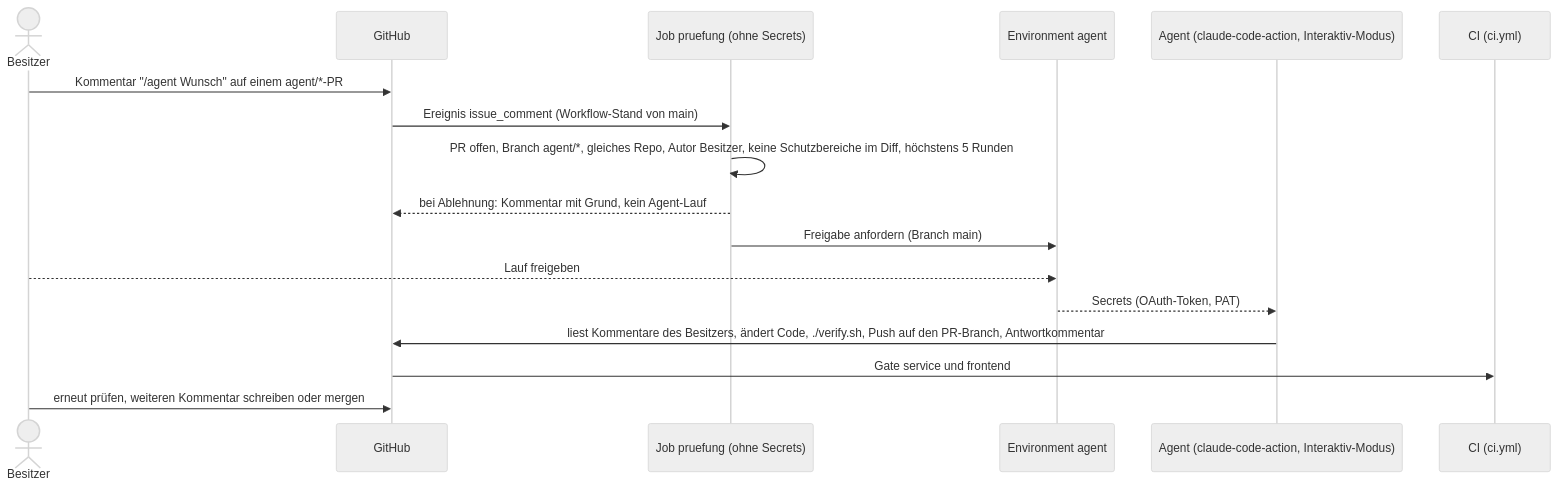
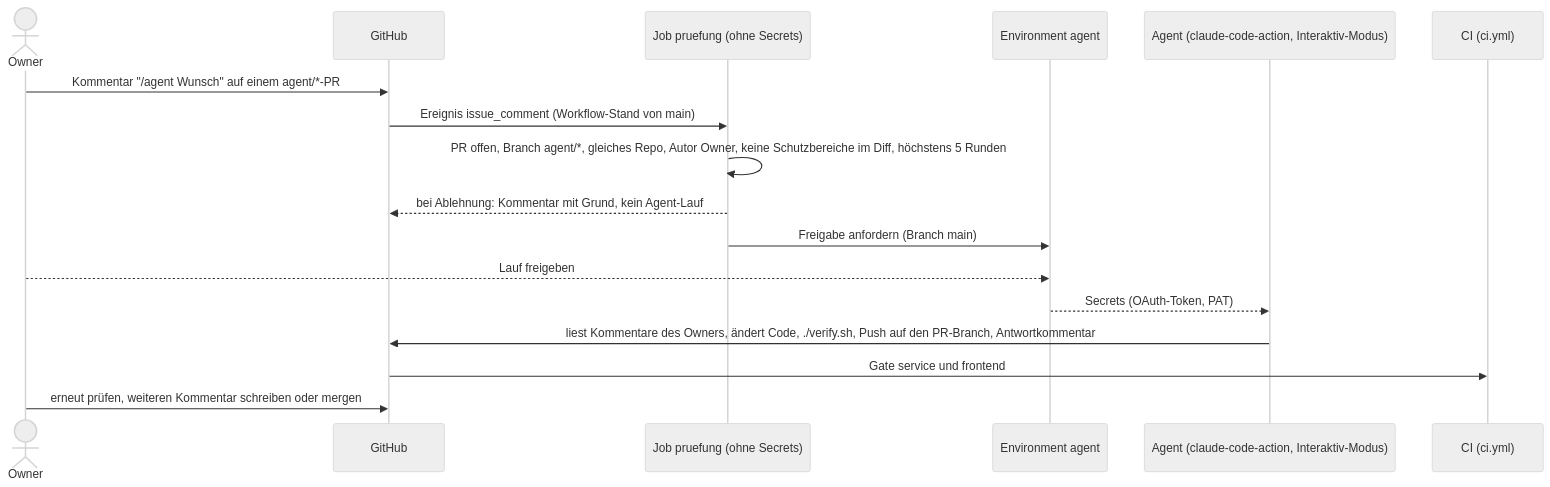
The fifth of 5 diagrams in docs/architecture.md (juheba/sw-factory-tryout), drawn with Mermaid (neutral theme) before and after one commit. The commit also changed other lines of this file and 8 other files, not shown here.

````diff
--- a/docs/architecture.md
+++ b/docs/architecture.md
@@ -88,19 +88,19 @@
 ```mermaid
 sequenceDiagram
-    actor O as Besitzer
+    actor O as Owner
     participant GH as GitHub
     participant P as Job pruefung (ohne Secrets)
     participant Env as Environment agent
     participant A as Agent (claude-code-action, Interaktiv-Modus)
     participant CI as CI (ci.yml)
     O->>GH: Kommentar "/agent Wunsch" auf einem agent/*-PR
     GH->>P: Ereignis issue_comment (Workflow-Stand von main)
-    P->>P: PR offen, Branch agent/*, gleiches Repo, Autor Besitzer, keine Schutzbereiche im Diff, höchstens 5 Runden
+    P->>P: PR offen, Branch agent/*, gleiches Repo, Autor Owner, keine Schutzbereiche im Diff, höchstens 5 Runden
     P-->>GH: bei Ablehnung: Kommentar mit Grund, kein Agent-Lauf
     P->>Env: Freigabe anfordern (Branch main)
     O-->>Env: Lauf freigeben
     Env-->>A: Secrets (OAuth-Token, PAT)
-    A->>GH: liest Kommentare des Besitzers, ändert Code, ./verify.sh, Push auf den PR-Branch, Antwortkommentar
+    A->>GH: liest Kommentare des Owners, ändert Code, ./verify.sh, Push auf den PR-Branch, Antwortkommentar
     GH->>CI: Gate service und frontend
     O->>GH: erneut prüfen, weiteren Kommentar schreiben oder mergen
 ```
````
